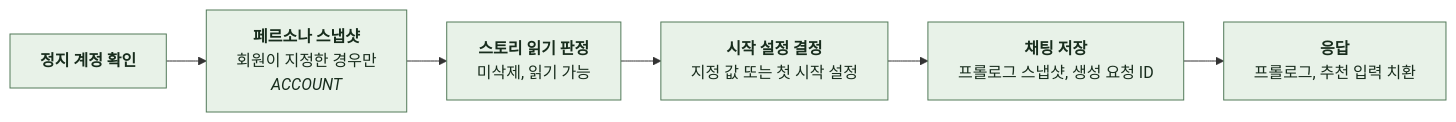
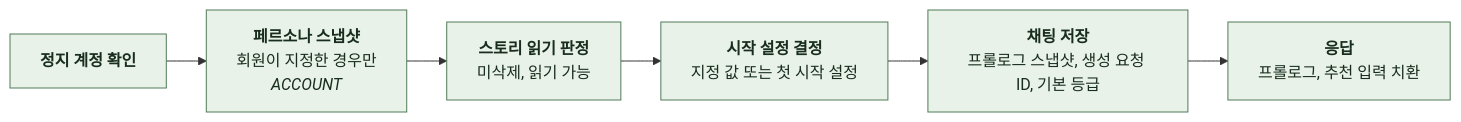
The first of 15 diagrams in docs/domain/CHAT/BACKEND/4-1-PIPELINES.md (KIM-N-KANG/knk-harness), drawn with Mermaid before and after one commit. The commit also changed other lines of this file and 25 other files, not shown here.

````diff
--- a/docs/domain/CHAT/BACKEND/4-1-PIPELINES.md
+++ b/docs/domain/CHAT/BACKEND/4-1-PIPELINES.md
@@ -57,17 +57,17 @@
 ```mermaid
 %%{init: {"flowchart": {"curve": "basis", "nodeSpacing": 24, "rankSpacing": 40}}}%%
 flowchart LR
     A["`**정지 계정 확인**`"] --> B["`**페르소나 스냅샷**
 회원이 지정한 경우만
 *ACCOUNT*`"]
     B --> C["`**스토리 읽기 판정**
 미삭제, 읽기 가능`"]
     C --> D["`**시작 설정 결정**
 지정 값 또는 첫 시작 설정`"]
     D --> E["`**채팅 저장**
-프롤로그 스냅샷, 생성 요청 ID`"]
+프롤로그 스냅샷, 생성 요청 ID, 기본 등급`"]
     E --> F["`**응답**
 프롤로그, 추천 입력 치환`"]
     classDef comp fill:#E8F2E8,stroke:#527A59,color:#182D1D
     class A,B,C,D,E,F comp
 ```
````
